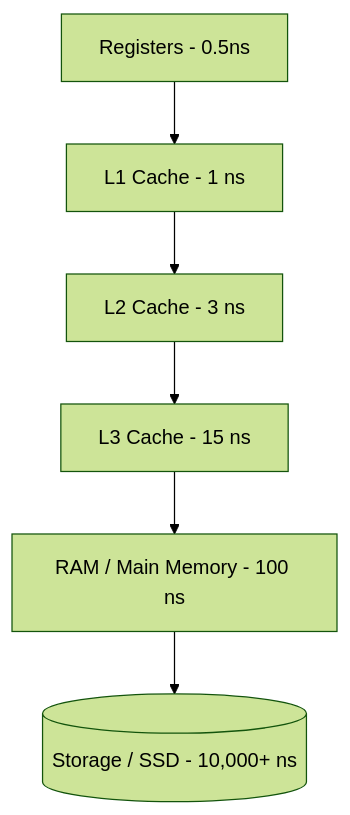
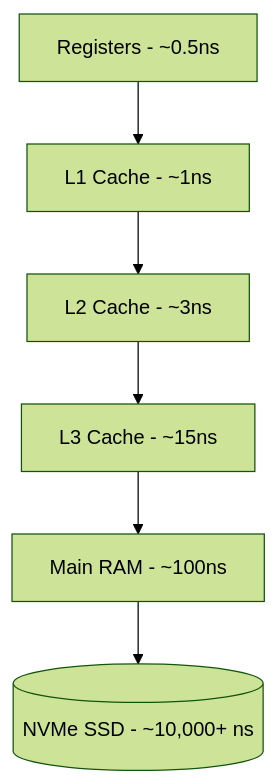
The third of 7 diagrams in README.md (RustamSheoran/cpp-roadmap), drawn with Mermaid (forest theme) before and after one commit. The commit also changed other lines of this file, not shown here.

````diff
--- a/README.md
+++ b/README.md
@@ -201,8 +304,8 @@
 ```mermaid
 flowchart TD
-    R[Registers - 0.5ns] --> L1[L1 Cache - 1 ns]
-    L1 --> L2[L2 Cache - 3 ns]
-    L2 --> L3[L3 Cache - 15 ns]
-    L3 --> RAM[RAM / Main Memory - 100 ns]
-    RAM --> Storage[(Storage / SSD - 10,000+ ns)]
+    R[Registers - ~0.5ns] --> L1[L1 Cache - ~1ns]
+    L1 --> L2[L2 Cache - ~3ns]
+    L2 --> L3[L3 Cache - ~15ns]
+    L3 --> RAM[Main RAM - ~100ns]
+    RAM --> Storage[(NVMe SSD - ~10,000+ ns)]
 ```
````
